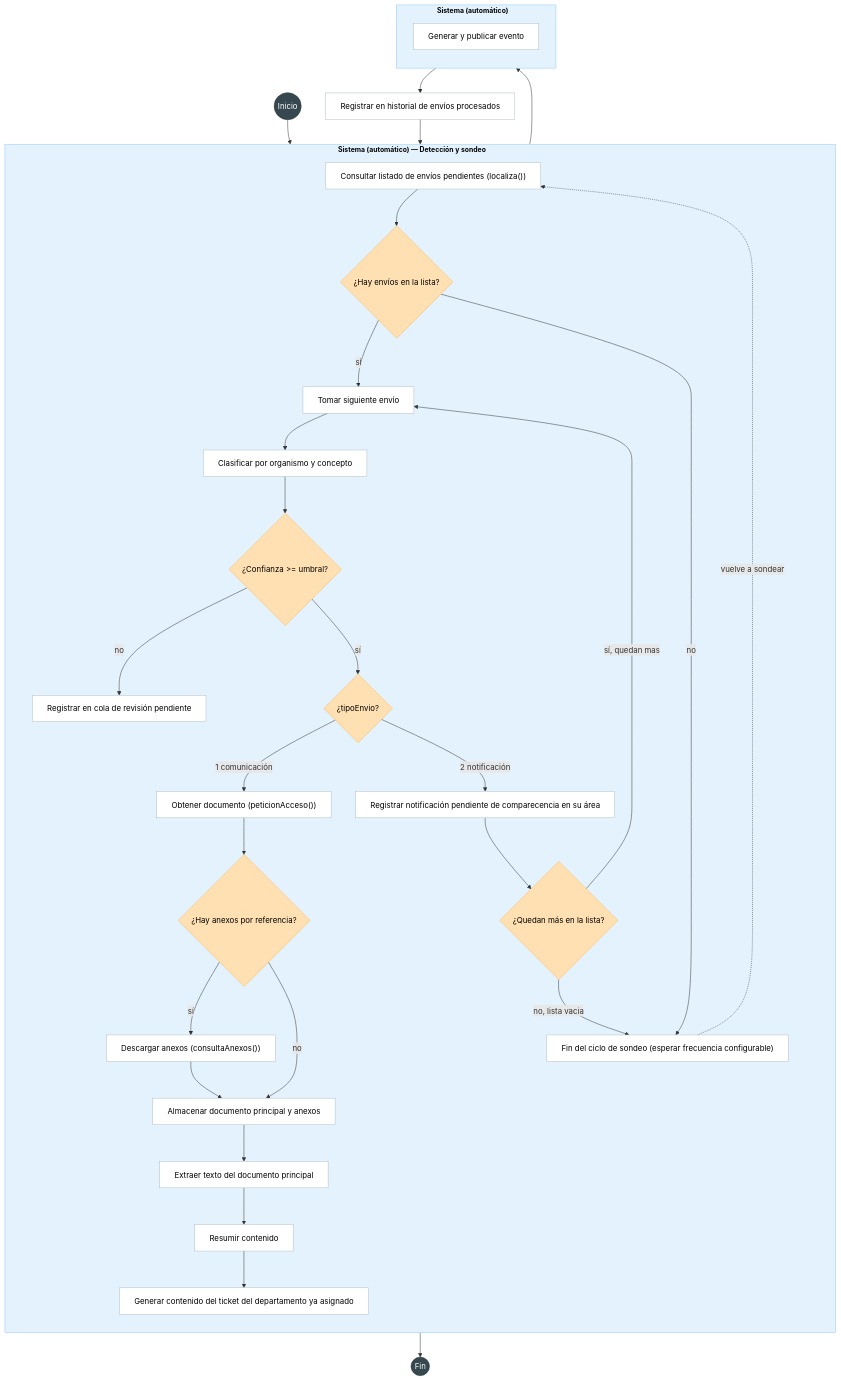
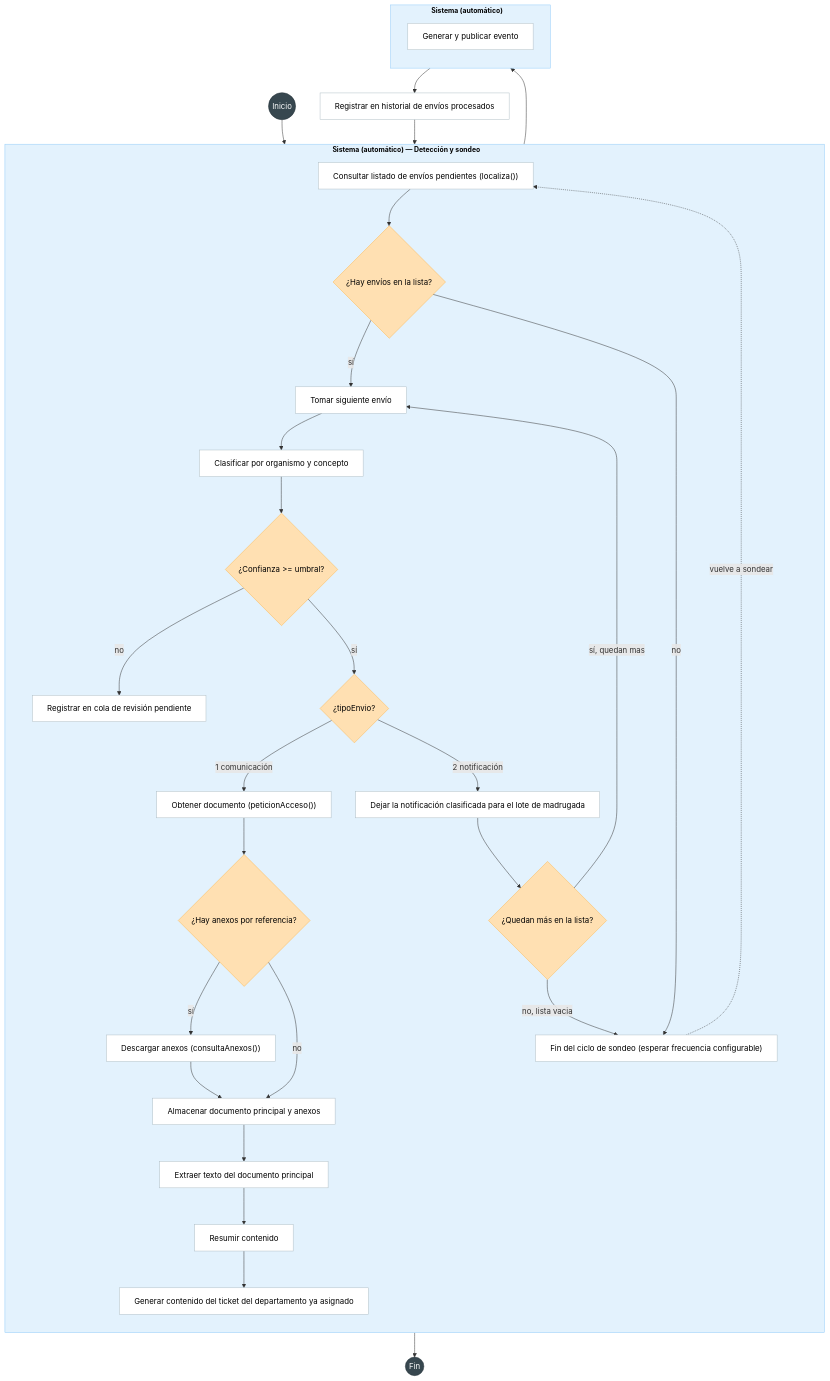
The first of 6 diagrams in Diagramas/Diagramas_de_flujo.md (XIN917/TFM), drawn with Mermaid before and after one commit. The commit also changed other lines of this file and 11 other files, not shown here.

````diff
--- a/Diagramas/Diagramas_de_flujo.md
+++ b/Diagramas/Diagramas_de_flujo.md
@@ -11,60 +11,60 @@
 ```mermaid
 %%{init: {"flowchart": {"wrappingWidth": 600}}}%%
 flowchart TD
     start(("Inicio")) --> a1
 
     subgraph SIS1["Sistema (automático) — Detección y sondeo"]
         direction TB
         a1["Consultar listado de envíos pendientes (localiza())"]
         decHasItems{"¿Hay envíos en la lista?"}
         loopNext["Tomar siguiente envío"]
         aClasif["Clasificar por organismo y concepto"]
         decN{"¿Confianza >= umbral?"}
         decTipo{"¿tipoEnvio?"}
         a2["Obtener documento (peticionAcceso())"]
         decAnexos{"¿Hay anexos por referencia?"}
         aAnexos["Descargar anexos (consultaAnexos())"]
         a3["Almacenar documento principal y anexos"]
         a4["Extraer texto del documento principal"]
         a5["Resumir contenido"]
-        aNotif["Registrar notificación pendiente de comparecencia en su área"]
+        aNotif["Dejar la notificación clasificada para el lote de madrugada"]
         decLoop{"¿Quedan más en la lista?"}
         pollWait["Fin del ciclo de sondeo (esperar frecuencia configurable)"]
 
         a1 --> decHasItems
         decHasItems -->|sí| loopNext --> aClasif --> decN
         decN -->|no| pendReview["Registrar en cola de revisión pendiente"]
         decN -->|sí| decTipo
         decTipo -->|1 comunicación| a2 --> decAnexos
         decAnexos -->|sí| aAnexos --> a3
         decAnexos -->|no| a3
         a3 --> a4 --> a5 --> b1
         decTipo -->|2 notificación| aNotif --> decLoop
         decHasItems -->|no| pollWait
         decLoop -->|sí, quedan mas| loopNext
         decLoop -->|no, lista vacia| pollWait
         pollWait -.->|vuelve a sondear| a1
     end
 
     pendReview --> stop2(("Fin"))
 
     subgraph SIS2["Sistema (automático)"]
         direction TB
         b1["Generar contenido del ticket del departamento ya asignado"]
         b2["Generar y publicar evento"]
         b1 --> b2
     end
 
     b2 --> procReg["Registrar en historial de envíos procesados"] --> decLoop
 
     style SIS1 fill:#E3F2FD,stroke:#90CAF9,color:#000000,font-weight:bold,font-size:14px
     style SIS2 fill:#E3F2FD,stroke:#90CAF9,color:#000000,font-weight:bold,font-size:14px
 
     classDef process fill:#FFFFFF,stroke:#B0BEC5,color:#000000;
     classDef decision fill:#FFE0B2,stroke:#FFB74D,color:#000000;
     classDef terminal fill:#37474F,stroke:#263238,color:#ffffff;
 
     class a1,a2,aAnexos,a3,a4,a5,aClasif,aNotif,loopNext,pollWait,b1,b2,pendReview,procReg process
     class decN,decHasItems,decTipo,decAnexos,decLoop decision
     class start,stop2 terminal
 ```
````
